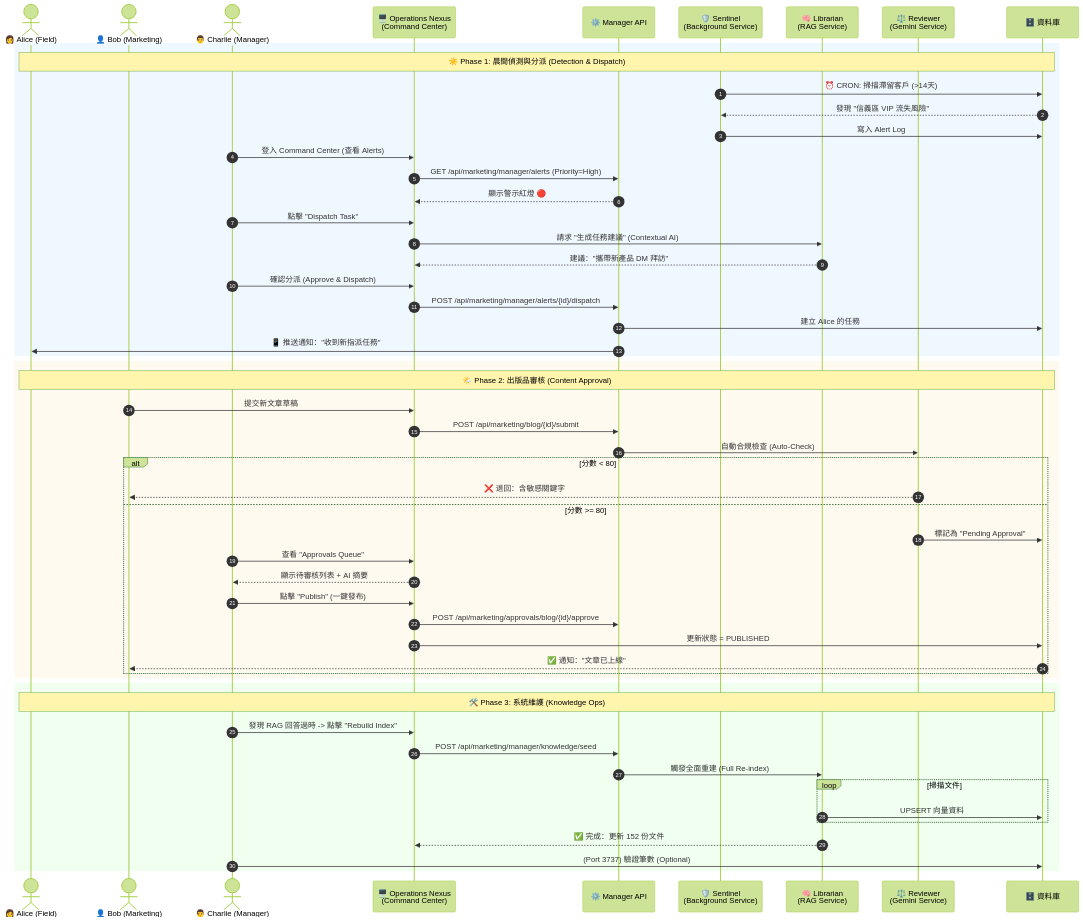
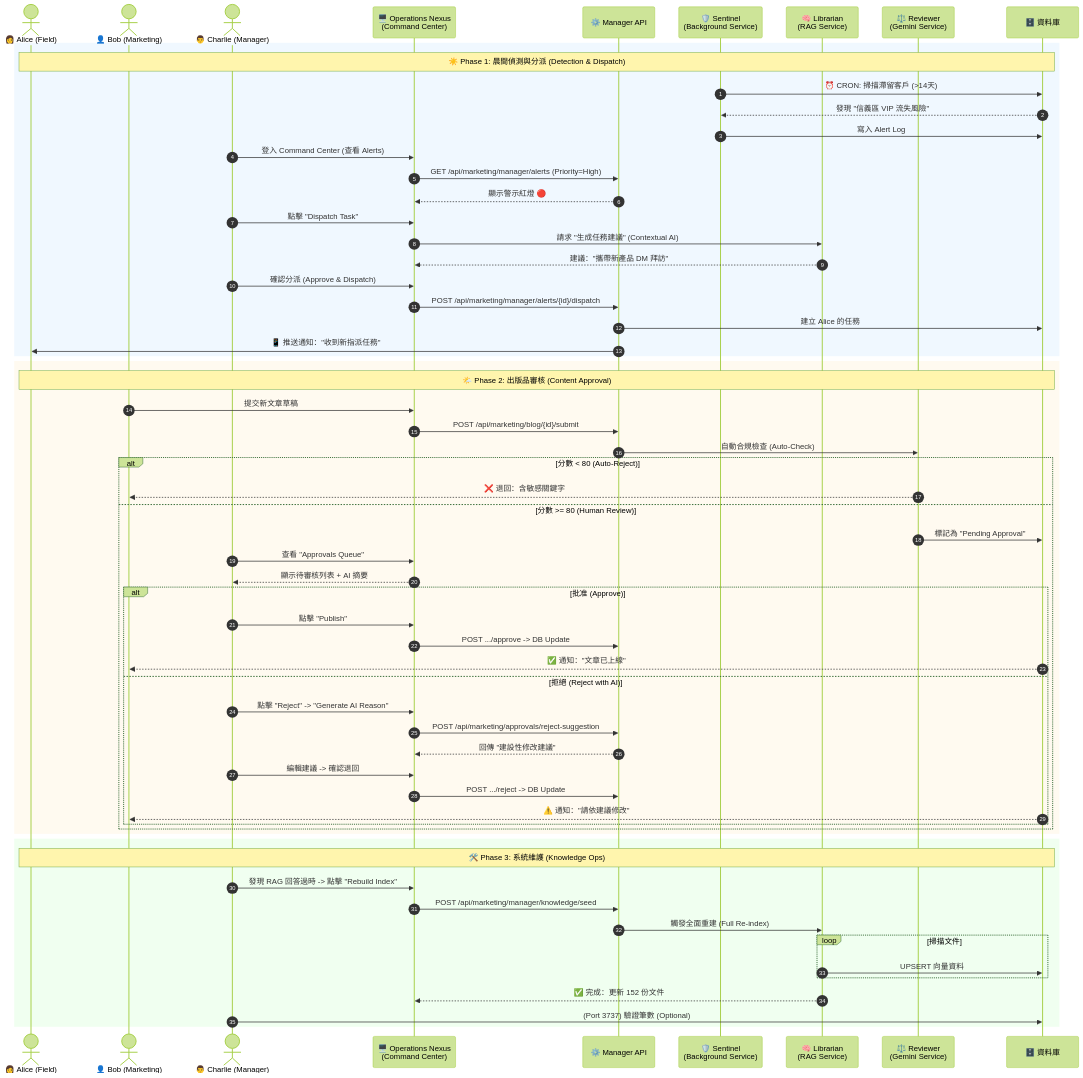
The diagram in PRPs/Phase_4.6.3_Charlie_Persona_Workflows.md (info-vin/Archon), drawn with Mermaid (forest theme) before and after one commit. The commit also changed 21 other files, not shown here.

First line of the commit message:
feat: implement advanced AI configuration for Bob and content loop for Charlie

```diff
--- a/PRPs/Phase_4.6.3_Charlie_Persona_Workflows.md
+++ b/PRPs/Phase_4.6.3_Charlie_Persona_Workflows.md
@@ -86,16 +86,25 @@
     UI->>API: POST /api/marketing/blog/{id}/submit
     API->>Reviewer: 自動合規檢查 (Auto-Check)
     
-    alt 分數 < 80
+    alt 分數 < 80 (Auto-Reject)
         Reviewer-->>Bob: ❌ 退回：含敏感關鍵字
-    else 分數 >= 80
+    else 分數 >= 80 (Human Review)
         Reviewer->>DB: 標記為 "Pending Approval"
         Charlie->>UI: 查看 "Approvals Queue"
         UI-->>Charlie: 顯示待審核列表 + AI 摘要
-        Charlie->>UI: 點擊 "Publish" (一鍵發布)
-        UI->>API: POST /api/marketing/approvals/blog/{id}/approve
-        UI->>DB: 更新狀態 = PUBLISHED
-        DB-->>Bob: ✅ 通知："文章已上線"
+        
+        alt 批准 (Approve)
+            Charlie->>UI: 點擊 "Publish"
+            UI->>API: POST .../approve -> DB Update
+            DB-->>Bob: ✅ 通知："文章已上線"
+        else 拒絕 (Reject with AI)
+            Charlie->>UI: 點擊 "Reject" -> "Generate AI Reason"
+            UI->>API: POST /api/marketing/approvals/reject-suggestion
+            API-->>UI: 回傳 "建設性修改建議"
+            Charlie->>UI: 編輯建議 -> 確認退回
+            UI->>API: POST .../reject -> DB Update
+            DB-->>Bob: ⚠️ 通知："請依建議修改"
+        end
     end
     end
 
```
